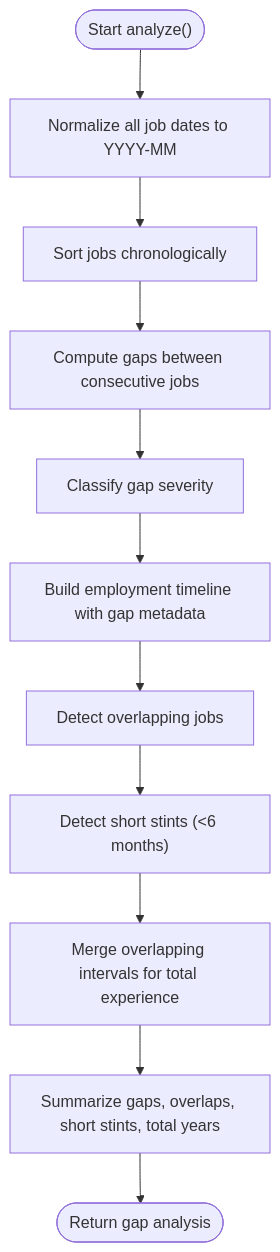
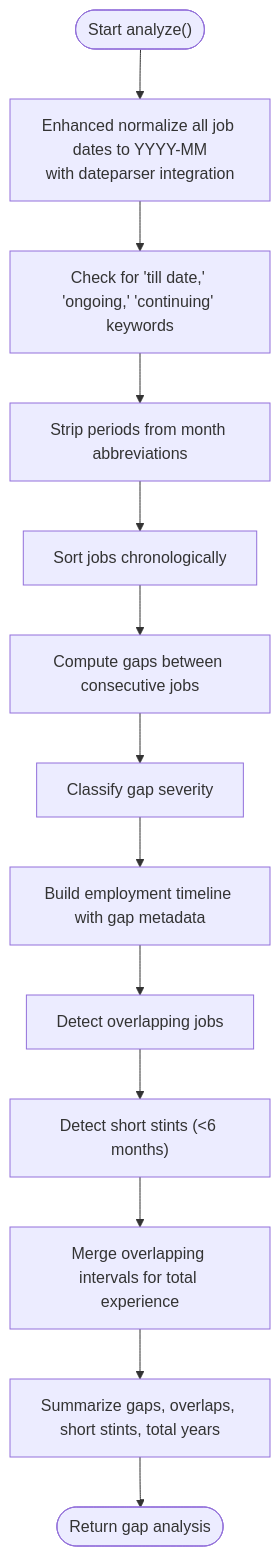
One commit to Revanththetalogics/aireume changed the fourth of 6 diagrams in .qoder/repowiki/en/content/Analysis Engine/Employment Gap Detection.md. Above: the diagram before and after it, drawn with Mermaid. The commit also changed other lines of this file and 41 other files, not shown here.

````diff
--- a/.qoder/repowiki/en/content/Analysis Engine/Employment Gap Detection.md
+++ b/.qoder/repowiki/en/content/Analysis Engine/Employment Gap Detection.md
@@ -181,13 +202,15 @@
 ```mermaid
 flowchart TD
-Start(["Start analyze()"]) --> Normalize["Normalize all job dates to YYYY-MM"]
-Normalize --> SortJobs["Sort jobs chronologically"]
+Start(["Start analyze()"]) --> Normalize["Enhanced normalize all job dates to YYYY-MM<br/>with dateparser integration"]
+Normalize --> KeywordCheck["Check for 'till date,' 'ongoing,' 'continuing' keywords"]
+KeywordCheck --> MonthAbbr["Strip periods from month abbreviations"]
+MonthAbbr --> SortJobs["Sort jobs chronologically"]
 SortJobs --> ComputeGaps["Compute gaps between consecutive jobs"]
 ComputeGaps --> Classify["Classify gap severity"]
 Classify --> BuildTimeline["Build employment timeline with gap metadata"]
 BuildTimeline --> DetectOverlaps["Detect overlapping jobs"]
 DetectOverlaps --> DetectShortStints["Detect short stints (<6 months)"]
 DetectShortStints --> MergeIntervals["Merge overlapping intervals for total experience"]
 MergeIntervals --> Summarize["Summarize gaps, overlaps, short stints, total years"]
 Summarize --> End(["Return gap analysis"])
 ```
````
